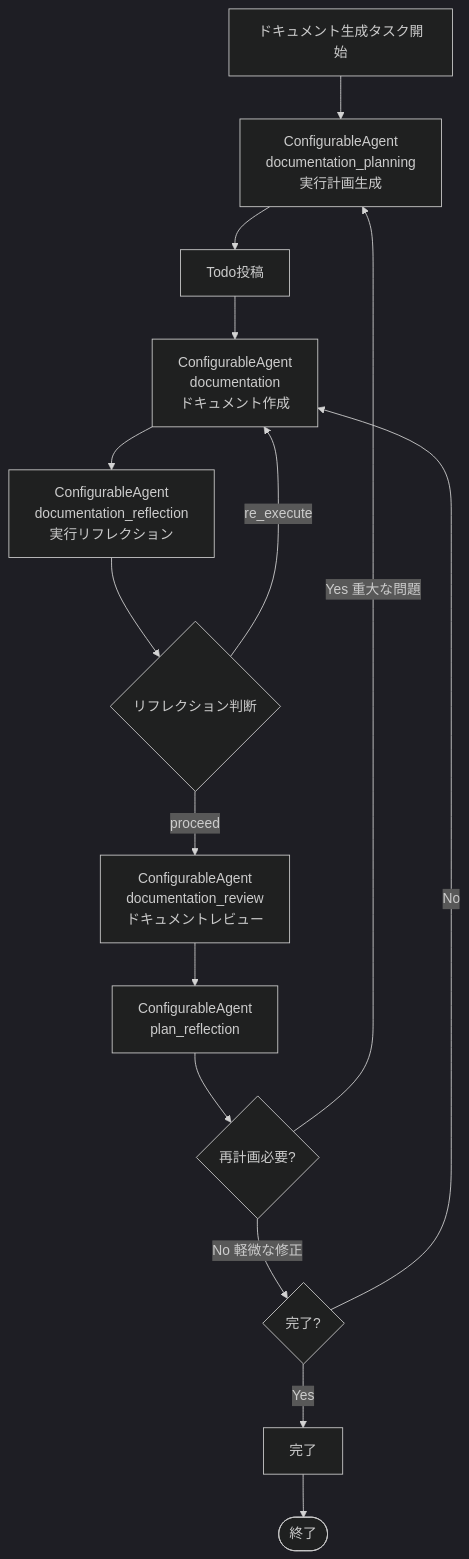
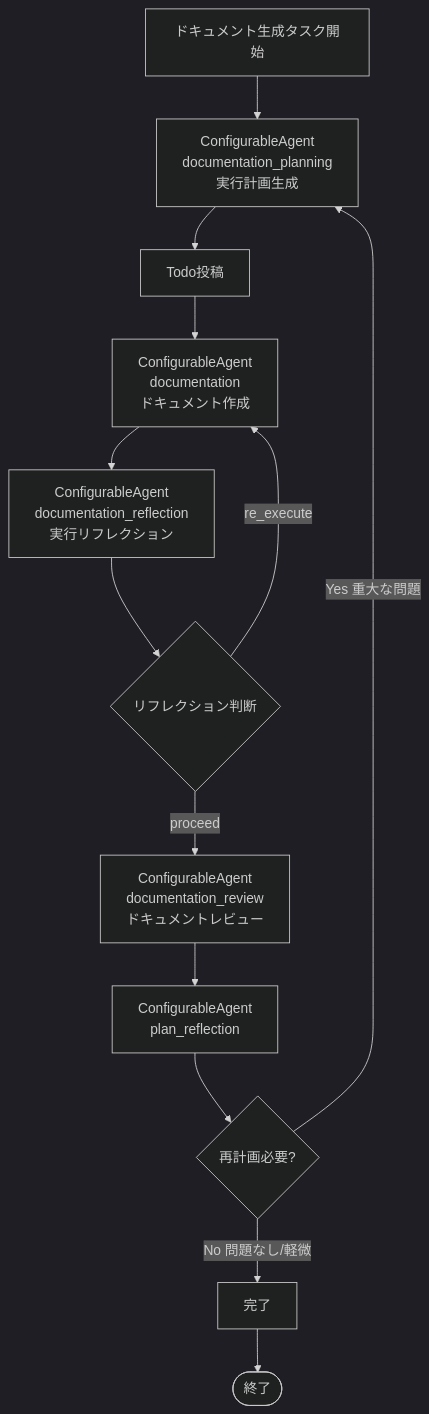
The sixth of 7 diagrams in docs/STANDARD_MR_PROCESSING_FLOW.md (notfolder/CodeAgentOrchestrator), drawn with Mermaid (dark theme) before and after one commit. The commit also changed other lines of this file and 2 other files, not shown here.

````diff
--- a/docs/STANDARD_MR_PROCESSING_FLOW.md
+++ b/docs/STANDARD_MR_PROCESSING_FLOW.md
@@ -690,20 +683,17 @@
 ```mermaid
 flowchart TD
     Start[ドキュメント生成タスク開始] --> Planning[ConfigurableAgent<br/>documentation_planning<br/>実行計画生成]
     Planning --> Todo[Todo投稿]
     
     Todo --> DocCreate[ConfigurableAgent<br/>documentation<br/>ドキュメント作成]
     DocCreate --> DocRefl[ConfigurableAgent<br/>documentation_reflection<br/>実行リフレクション]
     DocRefl --> DocReflBranch{リフレクション判断}
     DocReflBranch -->|re_execute| DocCreate
     DocReflBranch -->|proceed| DocReview[ConfigurableAgent<br/>documentation_review<br/>ドキュメントレビュー]
     
     DocReview --> Reflection[ConfigurableAgent<br/>plan_reflection]
     Reflection --> ReplanCheck{再計画必要?}
     ReplanCheck -->|Yes 重大な問題| Planning
-    ReplanCheck -->|No 軽微な修正| Complete{完了?}
-    
-    Complete -->|No| DocCreate
-    Complete -->|Yes| Finish[完了]
+    ReplanCheck -->|No 問題なし/軽微| Finish[完了]
     Finish --> End([終了])
 ```
````
